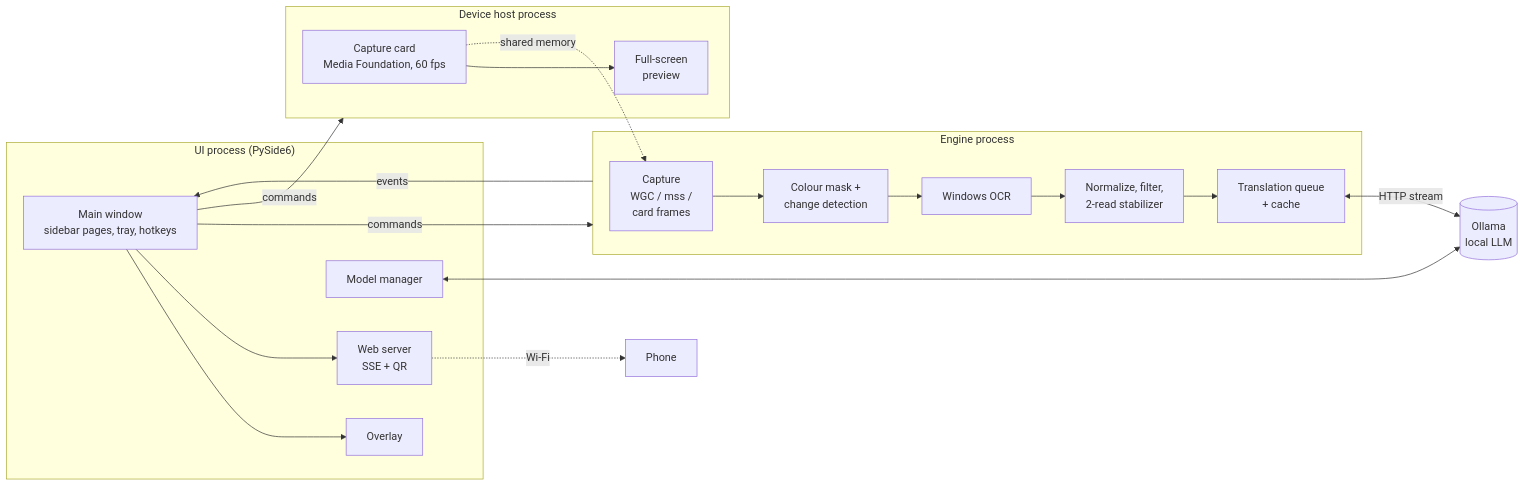
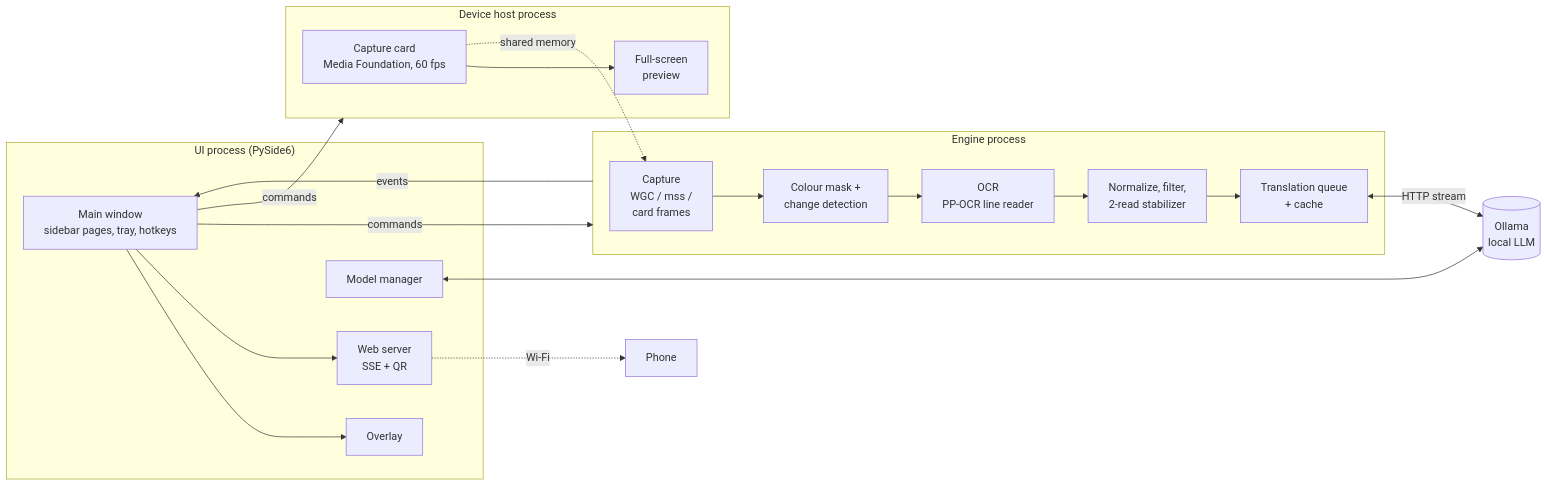
One commit to MertCodur-0/LiveSubs changed the diagram in README.md. Above: the diagram before and after it, drawn with Mermaid. The commit also changed other lines of this file and 2 other files, not shown here.

Commit message:
Document the PP-OCR reader: architecture, measurements, licences

````diff
--- a/README.md
+++ b/README.md
@@ -57,27 +57,27 @@
 ```mermaid
 flowchart LR
     subgraph UI["UI process (PySide6)"]
         MW[Main window<br/>sidebar pages, tray, hotkeys]
         OV[Overlay]
         WEB[Web server<br/>SSE + QR]
         MM[Model manager]
     end
     subgraph DEV["Device host process"]
         CARD[Capture card<br/>Media Foundation, 60 fps] --> PRE[Full-screen<br/>preview]
     end
     subgraph ENG["Engine process"]
         CAP[Capture<br/>WGC / mss /<br/>card frames] --> VIS[Colour mask +<br/>change detection]
-        VIS --> OCR[Windows OCR]
+        VIS --> OCR[OCR<br/>PP-OCR line reader]
         OCR --> TXT[Normalize, filter,<br/>2-read stabilizer]
         TXT --> TR[Translation queue<br/>+ cache]
     end
     TR <-->|HTTP stream| OL[(Ollama<br/>local LLM)]
     MM <--> OL
     MW -- commands --> ENG
     ENG -- events --> MW
     MW -- commands --> DEV
     CARD -.->|shared memory| CAP
     MW --> OV
     MW --> WEB
     WEB -.->|Wi-Fi| PHONE[Phone]
 ```
````
